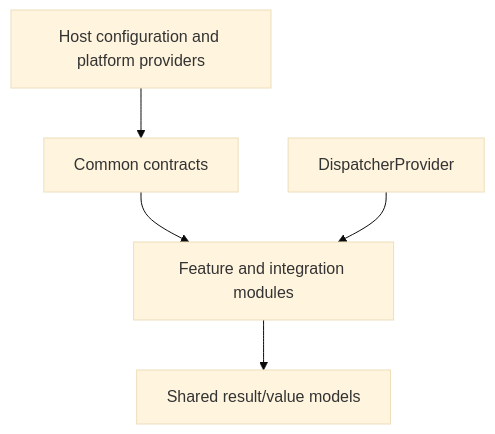
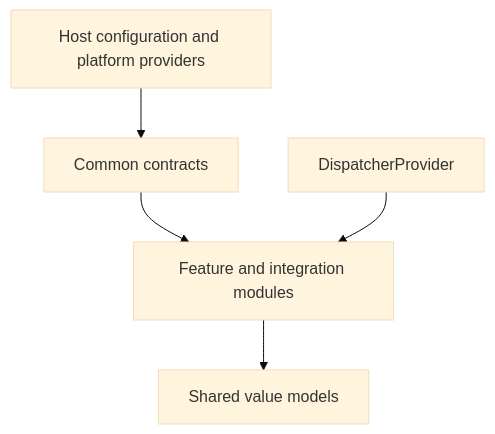
Before and after one commit to MihaiCristianCondrea/App-Toolkit-for-Android: the diagram in library/core/common/README.md, drawn with Mermaid (base theme). The commit also changed other lines of this file and 12 other files, not shown here.

````diff
--- a/library/core/common/README.md
+++ b/library/core/common/README.md
@@ -36,7 +36,7 @@
 ```mermaid
 flowchart TD
     Host[Host configuration and platform providers] --> Contracts[Common contracts]
     Contracts --> Features[Feature and integration modules]
     Dispatchers[DispatcherProvider] --> Features
-    Features --> Result[Shared result/value models]
+    Features --> Models[Shared value models]
 ```
````
